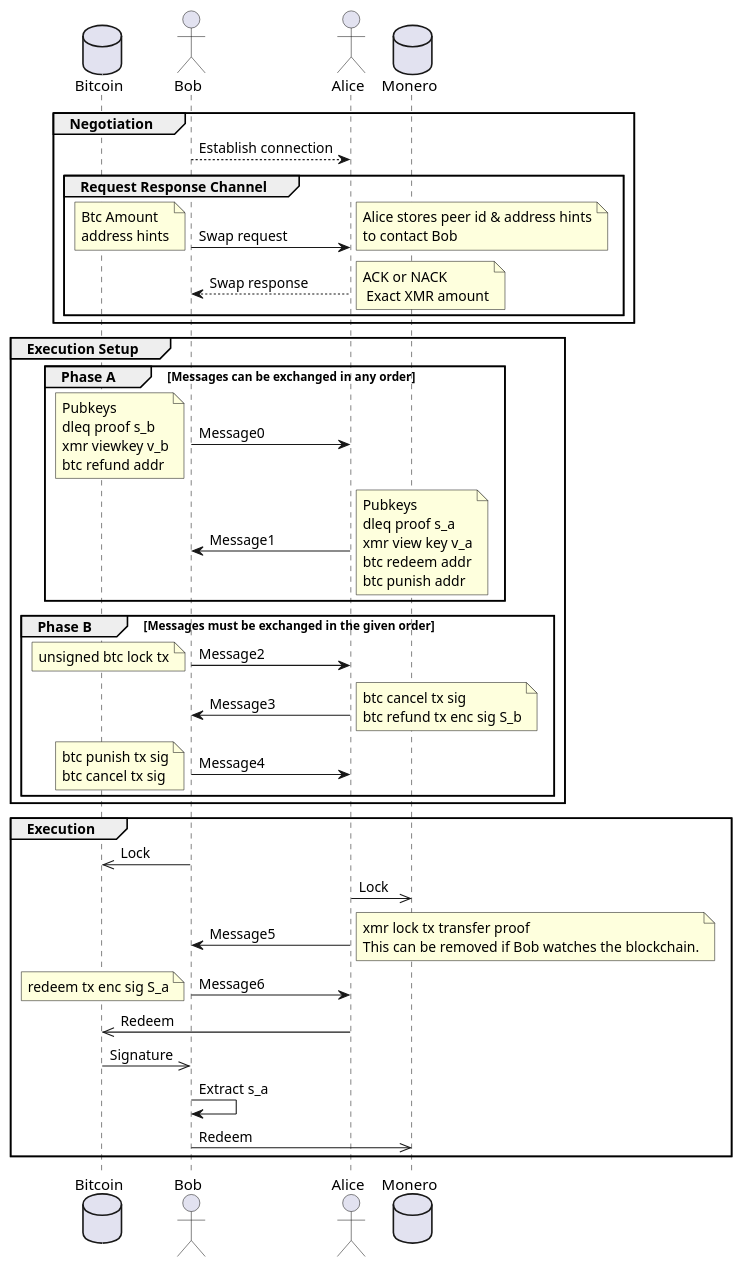
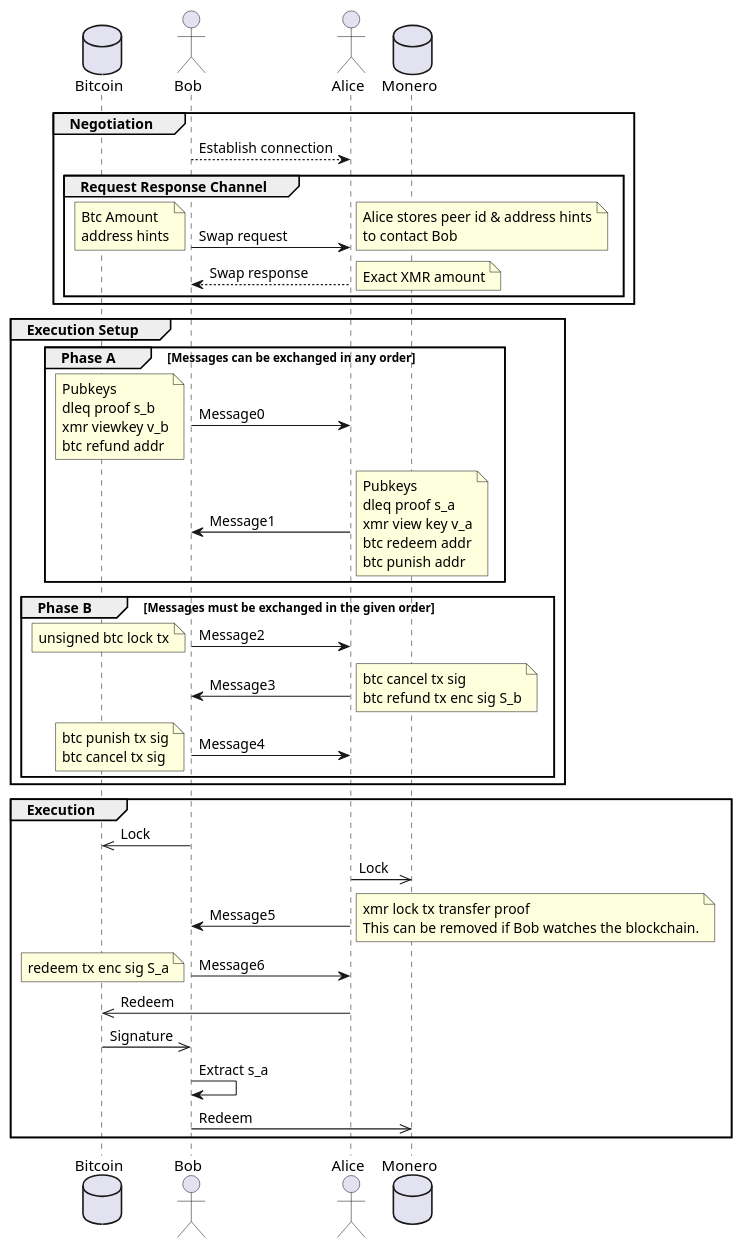
Before and after one commit to comit-network/xmr-btc-swap: the diagram in docs/sequence.puml, drawn with PlantUML.

Commit message:
Use exact xmr amount, Remove ACK
- Use exact XMR amount
- Remove ACK, this can be added as a feature once needed.

```diff
--- a/docs/sequence.puml
+++ b/docs/sequence.puml
@@ -1,64 +1,64 @@
 @startuml
 database Bitcoin
 actor Bob
 Actor Alice
 database Monero
 
 group Negotiation
 
     Bob --> Alice: Establish connection
 
     group Request Response Channel
         Bob -> Alice: Swap request
         note left: Btc Amount\naddress hints
         note right: Alice stores peer id & address hints\nto contact Bob
 
         Alice --> Bob: Swap response
-        note right: ACK or NACK\n Exact XMR amount
+        note right: Exact XMR amount
     end
 end
 
 group Execution Setup
     group Phase A [Messages can be exchanged in any order]
         Bob -> Alice: Message0
         note left: Pubkeys\ndleq proof s_b\nxmr viewkey v_b\nbtc refund addr
 
         Alice -> Bob: Message1
         note right: Pubkeys\ndleq proof s_a\nxmr view key v_a\nbtc redeem addr\nbtc punish addr
     end
 
     group Phase B [Messages must be exchanged in the given order]
 
         Bob -> Alice: Message2
         note left: unsigned btc lock tx
 
         Alice -> Bob: Message3
         note right: btc cancel tx sig\nbtc refund tx enc sig S_b
 
         Bob -> Alice: Message4
         note left: btc punish tx sig\nbtc cancel tx sig
 
     end
 end
 
 group Execution
     Bob ->> Bitcoin: Lock
 
     Alice ->> Monero: Lock
 
     Alice -> Bob: Message5
     note right: xmr lock tx transfer proof\nThis can be removed if Bob watches the blockchain.
 
     Bob -> Alice: Message6
     note left: redeem tx enc sig S_a
 
     Alice ->> Bitcoin: Redeem
 
     Bitcoin ->> Bob: Signature
 
     Bob -> Bob: Extract s_a
 
     Bob ->> Monero: Redeem
 end
 
 @enduml
```
